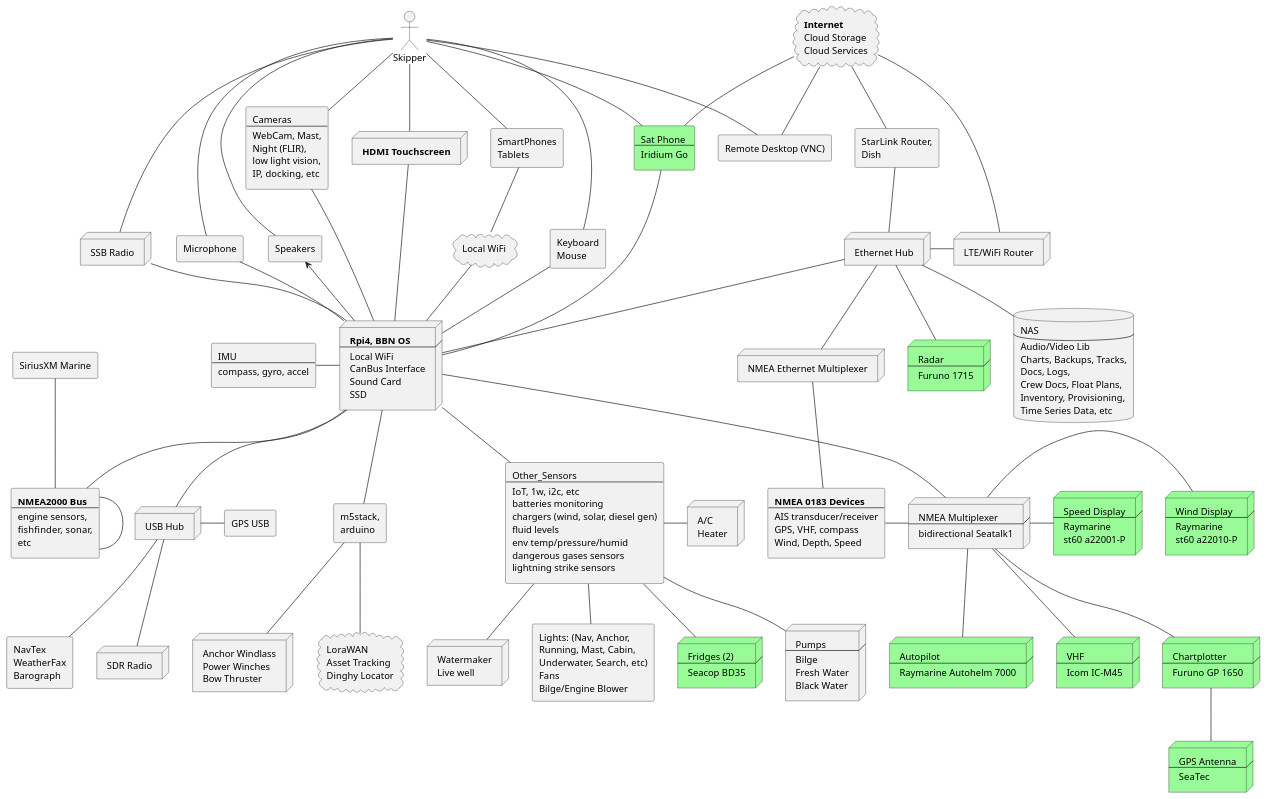
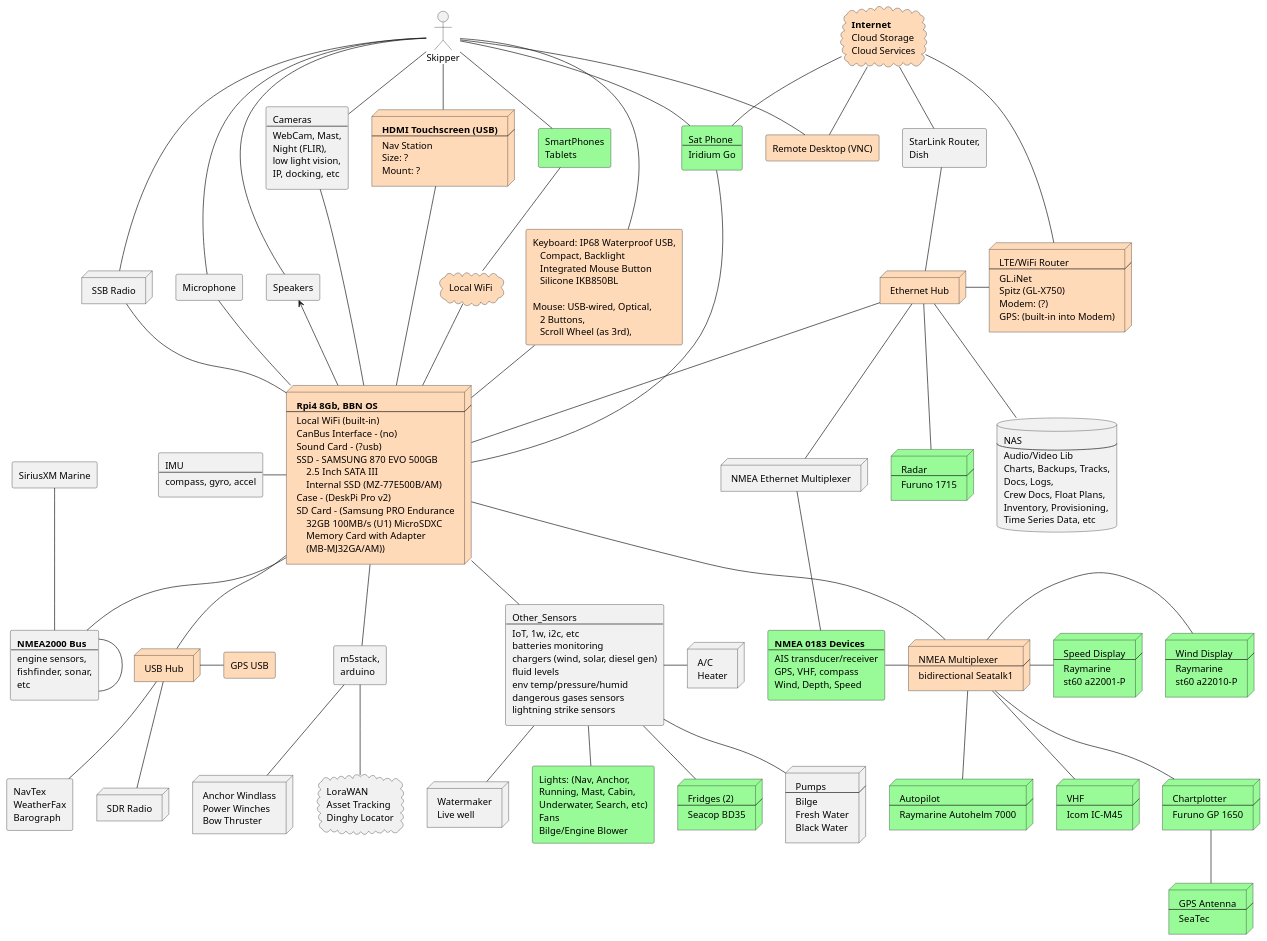
One commit to SY-Alcazar/SY-Alcazar changed the diagram in docs/plantuml/alcazar-system-arch.puml. Above: the diagram before and after it, drawn with PlantUML.

Commit message:
alcazar system arch

```diff
--- a/docs/plantuml/alcazar-system-arch.puml
+++ b/docs/plantuml/alcazar-system-arch.puml
@@ -4,16 +4,23 @@
  Skipper
 ]
 
-node RPI [
- <b>Rpi4, BBN OS
+node RPI #peachpuff [
+ <b>Rpi4 8Gb, BBN OS
  ----
- Local WiFi
- CanBus Interface
- Sound Card
- SSD
+ Local WiFi (built-in)
+ CanBus Interface - (no)
+ Sound Card - (?usb)
+ SSD - SAMSUNG 870 EVO 500GB
+     2.5 Inch SATA III
+     Internal SSD (MZ-77E500B/AM)
+ Case - (DeskPi Pro v2)
+ SD Card - (Samsung PRO Endurance
+     32GB 100MB/s (U1) MicroSDXC
+     Memory Card with Adapter
+     (MB-MJ32GA/AM))
 ]
 
-rectangle GPS [
+rectangle GPS #peachpuff [
  GPS USB
 ]
 
@@ -31,7 +38,7 @@
  etc
 ]
 
-node NMEA_Mux [
+node NMEA_Mux #peachpuff [
  NMEA Multiplexer
  ----
  bidirectional Seatalk1
@@ -41,7 +48,7 @@
  NMEA Ethernet Multiplexer
 ]
 
-rectangle NMEA_0183 [
+rectangle NMEA_0183 #palegreen [
  <b>NMEA 0183 Devices
  ----
  AIS transducer/receiver
@@ -73,16 +80,21 @@
  SeaTec
 ]
 
-node Eth_Hub [
+node Eth_Hub #peachpuff [
  Ethernet Hub
 ]
 
-node USB_Hub [
+node USB_Hub #peachpuff [
  USB Hub
 ]
 
-node Router [
+node Router #peachpuff [
  LTE/WiFi Router
+ ----
+ GL.iNet
+ Spitz (GL-X750)
+ Modem: (?)
+ GPS: (built-in into Modem)
 ]
 
 rectangle Dish_Router [
@@ -96,8 +108,12 @@
  Furuno 1715
 ]
 
-node Touchscreen [
- <b>HDMI Touchscreen
+node Touchscreen  #peachpuff [
+ <b>HDMI Touchscreen (USB)
+ ----
+ Nav Station
+ Size: ?
+ Mount: ?
 ]
 
 rectangle Speakers [
@@ -125,7 +141,7 @@
  SSB Radio
 ]
 
-cloud WiFi_Local [
+cloud WiFi_Local #peachpuff [
  Local WiFi
 ]
 
@@ -147,7 +163,7 @@
  lightning strike sensors
 ]
 
-rectangle Remote_Desktop [
+rectangle Remote_Desktop #peachpuff [
  Remote Desktop (VNC)
 ]
 
@@ -169,7 +185,7 @@
  Live well
 ]
 
-rectangle Lights_Fans [
+rectangle Lights_Fans #palegreen [
  Lights: (Nav, Anchor,
  Running, Mast, Cabin,
  Underwater, Search, etc)
@@ -177,9 +193,15 @@
  Bilge/Engine Blower
 ]
 
-rectangle Keyboard_Mouse [
- Keyboard
- Mouse
+rectangle Keyboard_Mouse #peachpuff [
+ Keyboard: IP68 Waterproof USB,
+    Compact, Backlight
+    Integrated Mouse Button
+    Silicone IKB850BL
+
+ Mouse: USB-wired, Optical,
+    2 Buttons,
+    Scroll Wheel (as 3rd),
 ]
 
 rectangle Weather [
@@ -192,7 +214,7 @@
  SiriusXM Marine
 ]
 
-rectangle SmartPhone [
+rectangle SmartPhone #palegreen [
  SmartPhones
  Tablets
 ]
@@ -234,7 +256,7 @@
  Bow Thruster
 ]
 
-cloud Cloud_Internet [
+cloud Cloud_Internet #peachpuff [
  <b>Internet
  Cloud Storage
  Cloud Services
```
